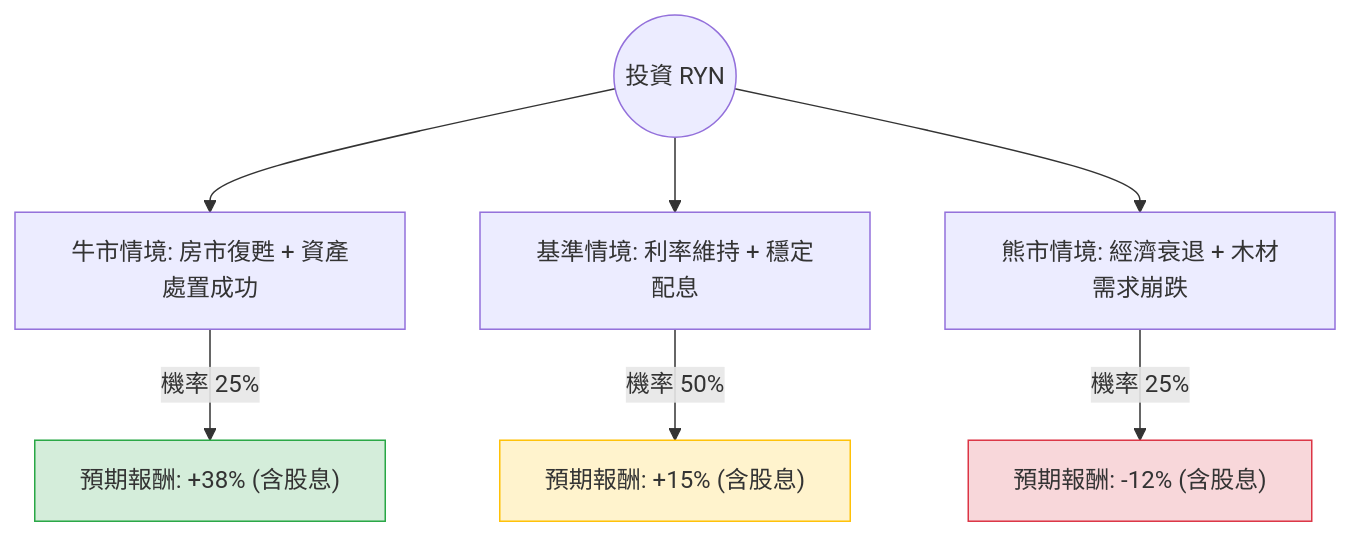
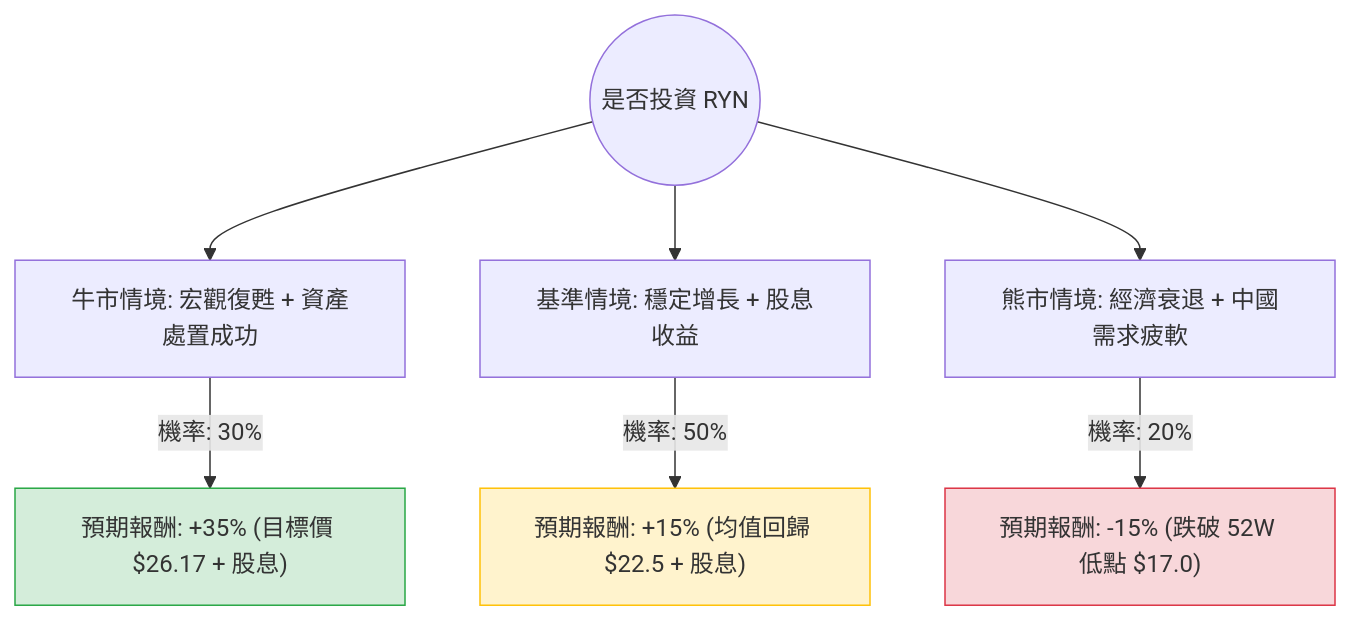
The diagram in plugin-react/ai-analysis/ev-analysis/RYN.md (zmcx16/zmcx16.github.io), drawn with Mermaid before and after one commit. The commit also changed other lines of this file and 77 other files, not shown here.

````diff
--- a/plugin-react/ai-analysis/ev-analysis/RYN.md
+++ b/plugin-react/ai-analysis/ev-analysis/RYN.md
@@ -19,14 +20,14 @@
 ```mermaid
 graph TD
-    Start((投資 RYN)) --> Bull[牛市情境: 房市復甦 + 資產處置成功]
-    Start --> Base[基準情境: 利率維持 + 穩定配息]
-    Start --> Bear[熊市情境: 經濟衰退 + 木材需求崩跌]
+    Start((是否投資 RYN)) --> Bull[牛市情境: 宏觀復甦 + 資產處置成功]
+    Start --> Base[基準情境: 穩定增長 + 股息收益]
+    Start --> Bear[熊市情境: 經濟衰退 + 中國需求疲軟]
 
-    Bull -- "機率 25%" --> BullVal["預期報酬: +38% (含股息)"]
-    Base -- "機率 50%" --> BaseVal["預期報酬: +15% (含股息)"]
-    Bear -- "機率 25%" --> BearVal["預期報酬: -12% (含股息)"]
+    Bull -- "機率: 30%" --> BullVal["預期報酬: +35% (目標價 $26.17 + 股息)"]
+    Base -- "機率: 50%" --> BaseVal["預期報酬: +15% (均值回歸 $22.5 + 股息)"]
+    Bear -- "機率: 20%" --> BearVal["預期報酬: -15% (跌破 52W 低點 $17.0)"]
 
     style BullVal fill:#d4edda,stroke:#28a745
     style BaseVal fill:#fff3cd,stroke:#ffc107
     style BearVal fill:#f8d7da,stroke:#dc3545
 ```
````
